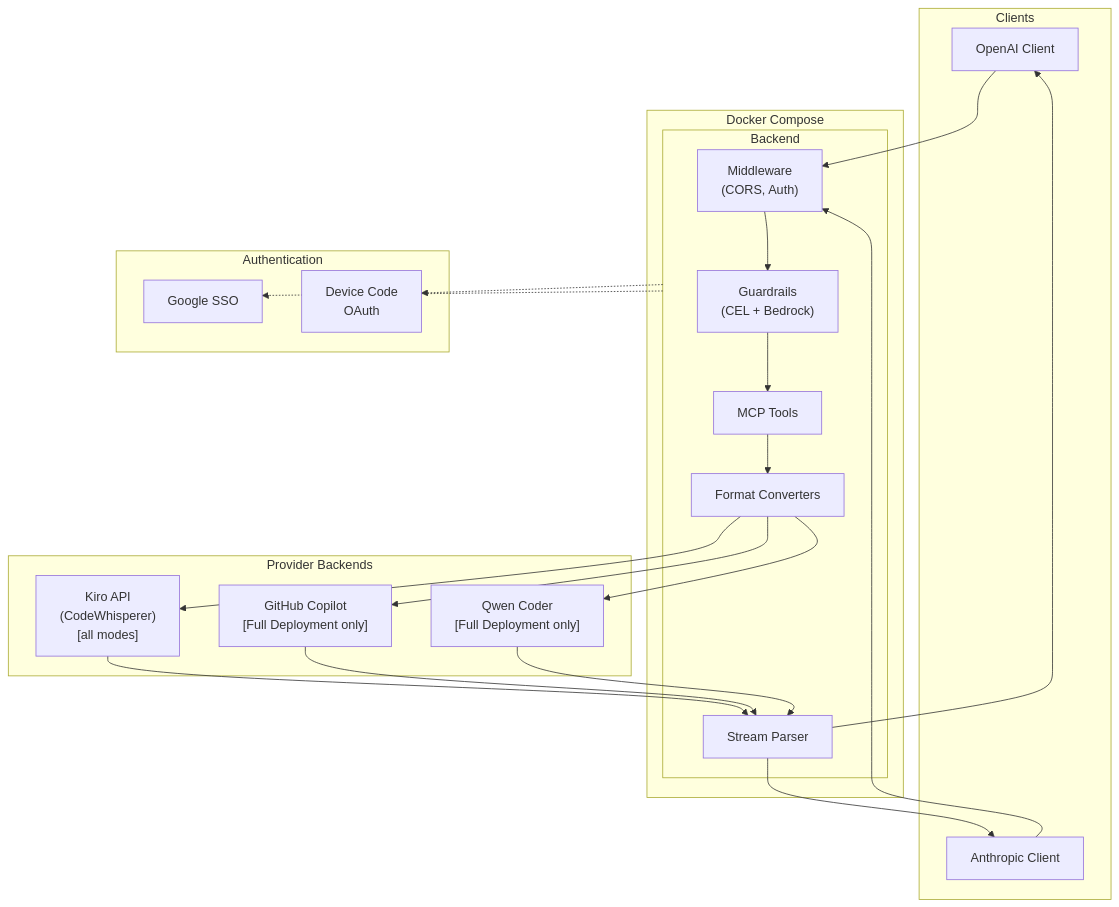
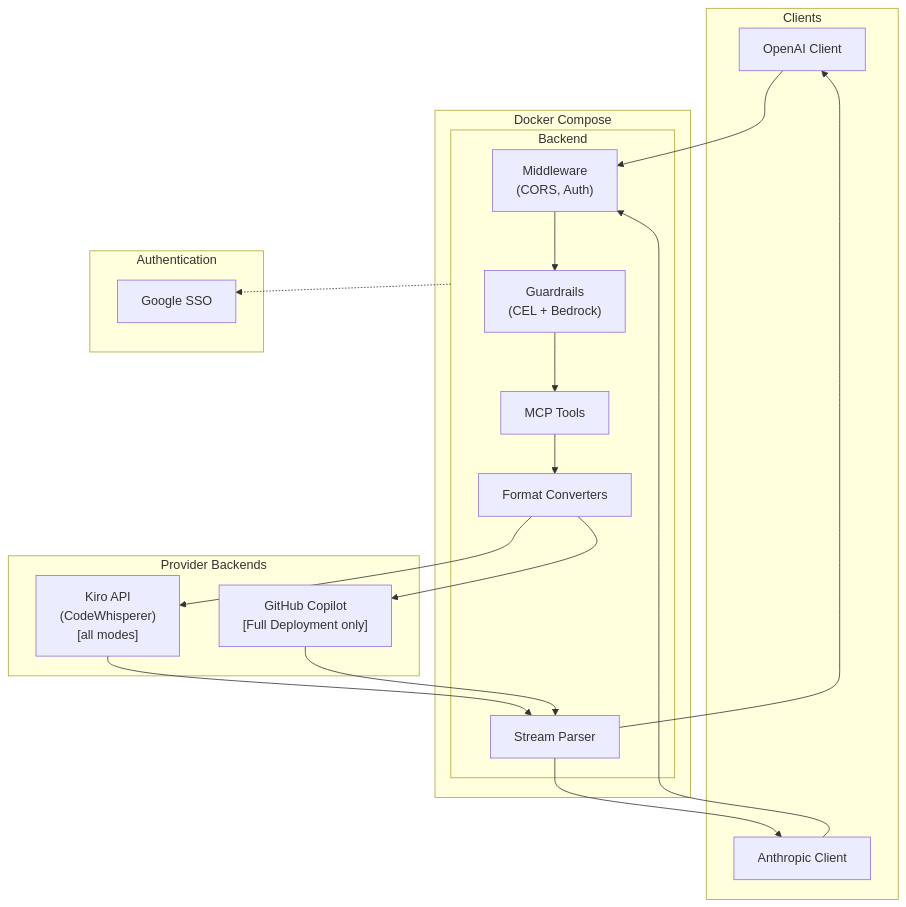
The diagram in gh-pages/index.md (if414013/harbangan), drawn with Mermaid before and after one commit. The commit also changed other lines of this file and 56 other files, not shown here.

First line of the commit message:
refactor(backend): remove qwen coder provider from entire codebase

````diff
--- a/gh-pages/index.md
+++ b/gh-pages/index.md
@@ -45,44 +45,39 @@
 ```mermaid
 flowchart TD
     subgraph Clients
         OAI["OpenAI Client"]
         ANT["Anthropic Client"]
     end
 
     subgraph Docker["Docker Compose"]
         subgraph GW["Backend"]
             MW["Middleware\n(CORS, Auth)"]
             GUARD["Guardrails\n(CEL + Bedrock)"]
             MCP_INJ["MCP Tools"]
             CONV["Format Converters"]
             STREAM["Stream Parser"]
         end
     end
 
     subgraph Providers["Provider Backends"]
         KIRO["Kiro API\n(CodeWhisperer)\n[all modes]"]
         COPILOT["GitHub Copilot\n[Full Deployment only]"]
-        QWEN["Qwen Coder\n[Full Deployment only]"]
     end
 
     subgraph Auth["Authentication"]
         SSO["Google SSO"]
-        DEVICE["Device Code\nOAuth"]
     end
 
     OAI --> MW
     ANT --> MW
     MW --> GUARD
     GUARD --> MCP_INJ
     MCP_INJ --> CONV
     CONV --> KIRO
     CONV --> COPILOT
-    CONV --> QWEN
     KIRO --> STREAM
     COPILOT --> STREAM
-    QWEN --> STREAM
     STREAM --> OAI
     STREAM --> ANT
     GW -.-> SSO
-    GW -.-> DEVICE
 ```
````
